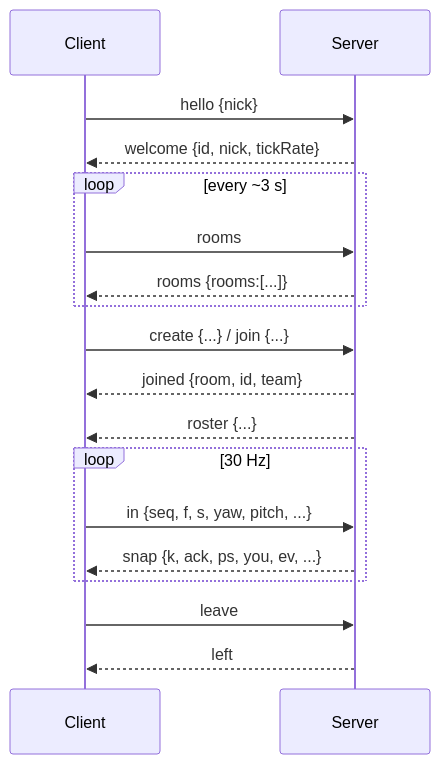
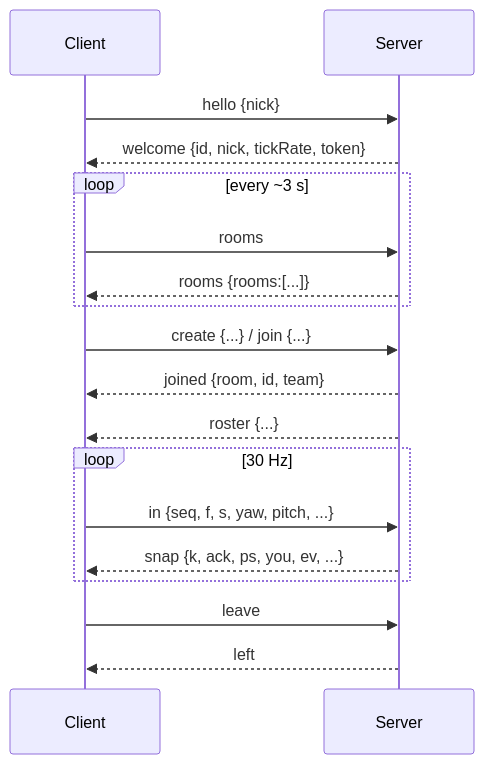
Before and after one commit to tuanden0/strike-zone: the diagram in docs/PROTOCOL.md, drawn with Mermaid. The commit also changed other lines of this file and 9 other files, not shown here.

````diff
--- a/docs/PROTOCOL.md
+++ b/docs/PROTOCOL.md
@@ -14,20 +14,20 @@
 ```mermaid
 sequenceDiagram
   participant C as Client
   participant S as Server
   C->>S: hello {nick}
-  S-->>C: welcome {id, nick, tickRate}
+  S-->>C: welcome {id, nick, tickRate, token}
   loop every ~3 s
     C->>S: rooms
     S-->>C: rooms {rooms:[...]}
   end
   C->>S: create {...} / join {...}
   S-->>C: joined {room, id, team}
   S-->>C: roster {...}
   loop 30 Hz
     C->>S: in {seq, f, s, yaw, pitch, ...}
     S-->>C: snap {k, ack, ps, you, ev, ...}
   end
   C->>S: leave
   S-->>C: left
 ```
````
